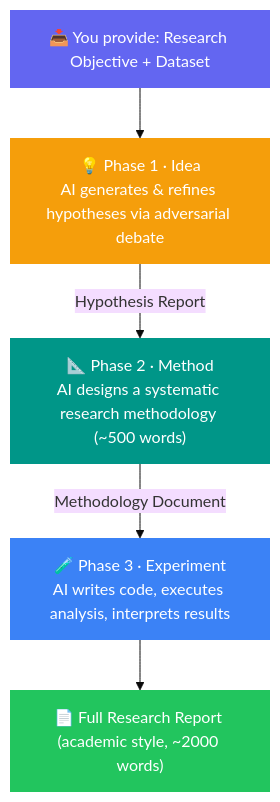
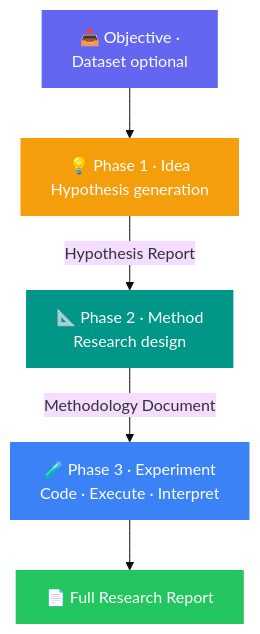
The diagram in README.md (autoseekai/Eureka-samples), drawn with Mermaid (base theme) before and after one commit. The commit also changed other lines of this file, not shown here.

````diff
--- a/README.md
+++ b/README.md
@@ -46,22 +46,22 @@
 ```mermaid
 flowchart TD
-    INPUT["📥 You provide: Research Objective + Dataset"]
+    INPUT["📥 Objective · <br/> Dataset optional"]
 
     INPUT --> IDEA
-    IDEA["💡 Phase 1 · Idea<br/>AI generates & refines hypotheses via adversarial debate"]
+    IDEA["💡 Phase 1 · Idea<br/>Hypothesis generation"]
 
     IDEA -->|Hypothesis Report| METHOD
-    METHOD["📐 Phase 2 · Method<br/>AI designs a systematic research methodology (~500 words)"]
+    METHOD["📐 Phase 2 · Method<br/>Research design"]
 
     METHOD -->|Methodology Document| EXPERIMENT
-    EXPERIMENT["🧪 Phase 3 · Experiment<br/>AI writes code, executes analysis, interprets results"]
+    EXPERIMENT["🧪 Phase 3 · Experiment<br/>Code · Execute · Interpret"]
 
     EXPERIMENT --> OUTPUT
-    OUTPUT["📄 Full Research Report (academic style, ~2000 words)"]
+    OUTPUT["📄 Full Research Report"]
 
-    style INPUT     fill:#6366f1,color:#fff,stroke:none
-    style IDEA      fill:#f59e0b,color:#fff,stroke:none
-    style METHOD    fill:#009688,color:#fff,stroke:none
+    style INPUT      fill:#6366f1,color:#fff,stroke:none
+    style IDEA       fill:#f59e0b,color:#fff,stroke:none
+    style METHOD     fill:#009688,color:#fff,stroke:none
     style EXPERIMENT fill:#3b82f6,color:#fff,stroke:none
-    style OUTPUT    fill:#22c55e,color:#fff,stroke:none
+    style OUTPUT     fill:#22c55e,color:#fff,stroke:none
 ```
````
